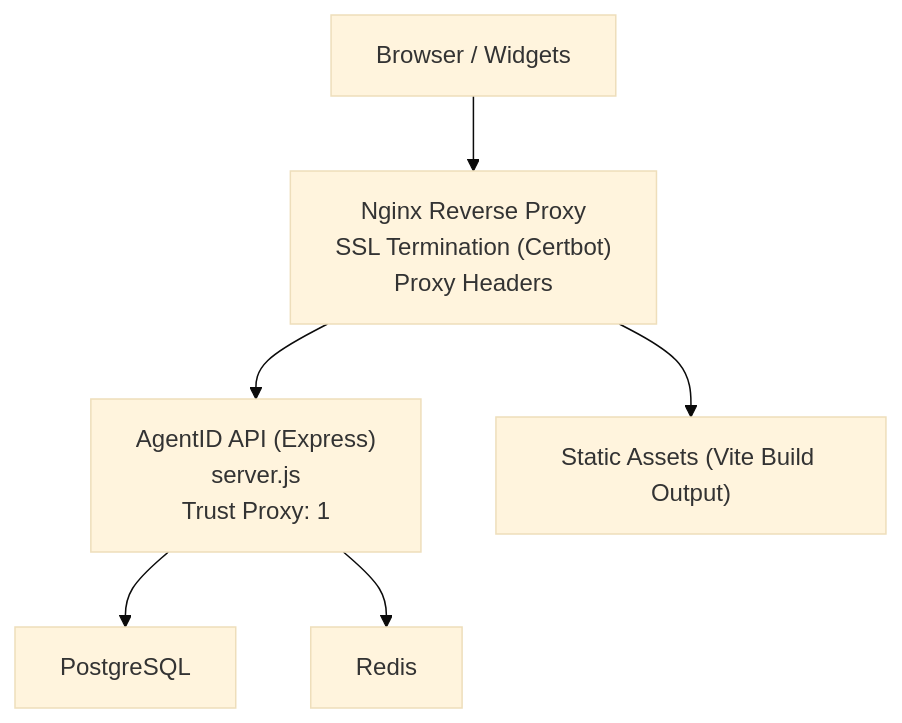
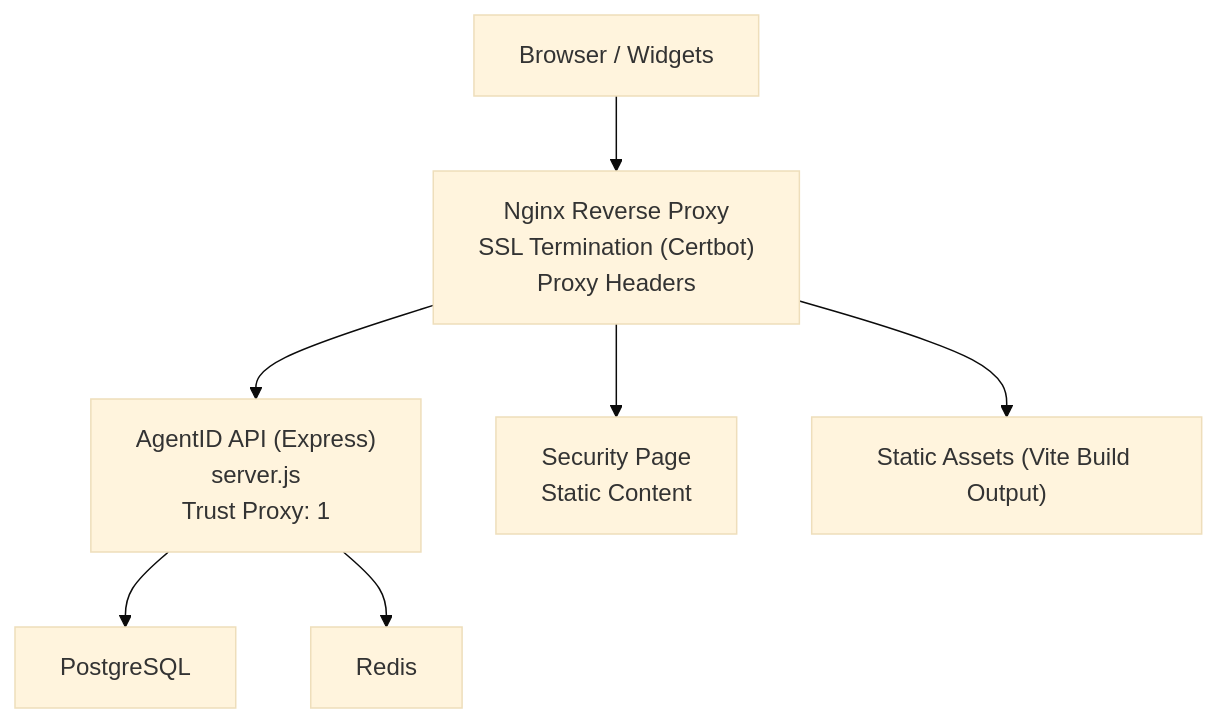
The second of 6 diagrams in .qoder/repowiki/en/content/Build & Deployment/Build & Deployment.md (RunTimeAdmin/AgentID), drawn with Mermaid (base theme) before and after one commit. The commit also changed other lines of this file and 6 other files, not shown here.

````diff
--- a/.qoder/repowiki/en/content/Build & Deployment/Build & Deployment.md
+++ b/.qoder/repowiki/en/content/Build & Deployment/Build & Deployment.md
@@ -121,13 +129,15 @@
 ```mermaid
 graph TB
 Client["Browser / Widgets"]
 Nginx["Nginx Reverse Proxy<br/>SSL Termination (Certbot)<br/>Proxy Headers"]
 API["AgentID API (Express)<br/>server.js<br/>Trust Proxy: 1"]
 DB["PostgreSQL"]
 Redis["Redis"]
+SecurityPage["Security Page<br/>Static Content"]
 Client --> Nginx
 Nginx --> API
+Nginx --> SecurityPage
 API --> DB
 API --> Redis
 Nginx --> Static["Static Assets (Vite Build Output)"]
 ```
````
